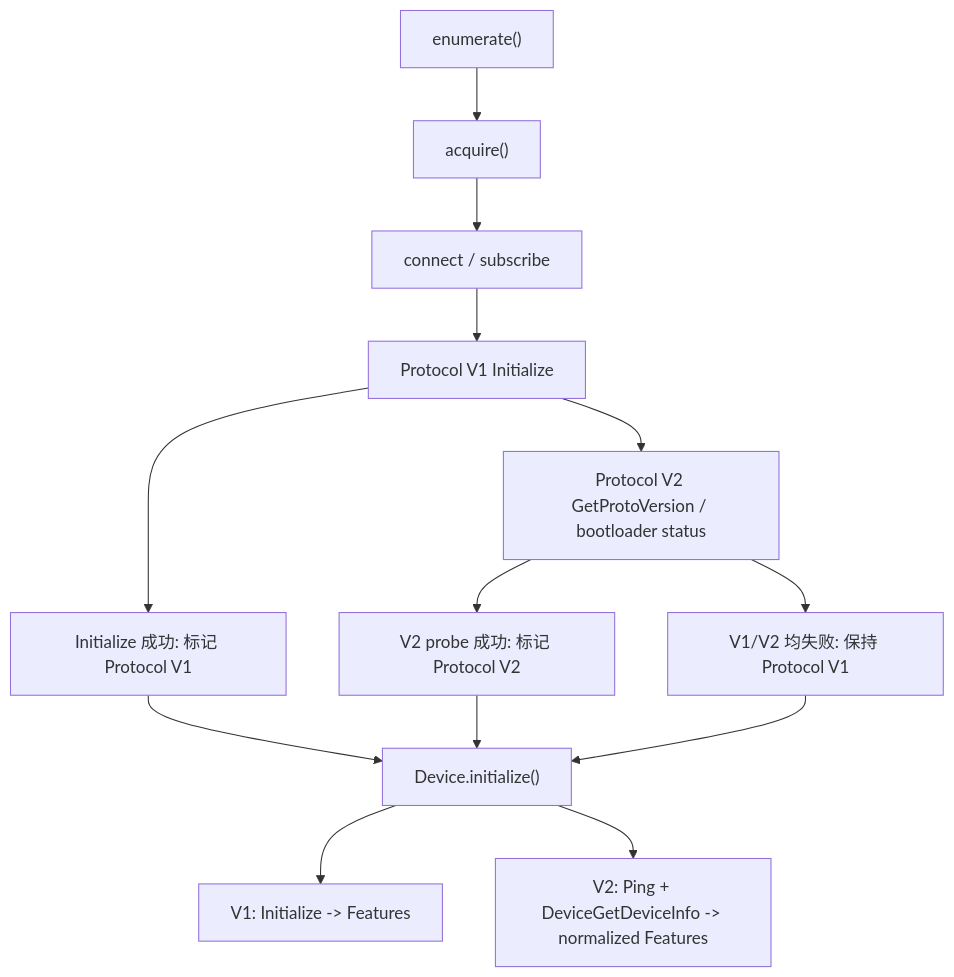
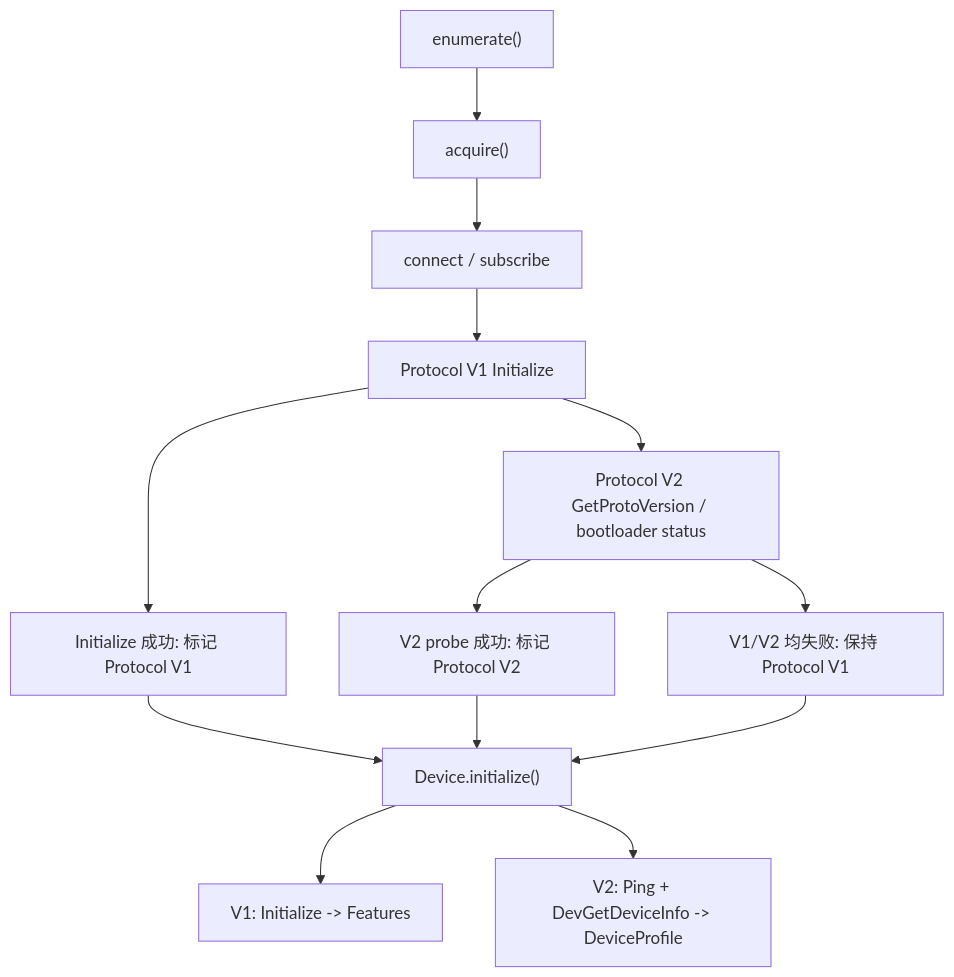
The second of 3 diagrams in docs/architecture.md (OneKeyHQ/hardware-js-sdk), drawn with Mermaid before and after one commit. The commit also changed other lines of this file and 49 other files, not shown here.

Commit message:
fix: standardize pro2 device profile api

````diff
--- a/docs/architecture.md
+++ b/docs/architecture.md
@@ -75,22 +74,22 @@
 ```mermaid
 flowchart TD
   Enumerate["enumerate()"]
   Acquire["acquire()"]
   Connect["connect / subscribe"]
   ProbeV1["Protocol V1 Initialize"]
   V1["Initialize 成功: 标记 Protocol V1"]
   ProbeV2["Protocol V2 GetProtoVersion / bootloader status"]
   V2["V2 probe 成功: 标记 Protocol V2"]
   FallbackV1["V1/V2 均失败: 保持 Protocol V1"]
   Init["Device.initialize()"]
   InitV1["V1: Initialize -> Features"]
-  InitV2["V2: Ping + DeviceGetDeviceInfo -> normalized Features"]
+  InitV2["V2: Ping + DevGetDeviceInfo -> DeviceProfile"]
 
   Enumerate --> Acquire --> Connect --> ProbeV1
   ProbeV1 --> V1 --> Init
   ProbeV1 --> ProbeV2
   ProbeV2 --> V2 --> Init
   ProbeV2 --> FallbackV1 --> Init
   Init --> InitV1
   Init --> InitV2
 ```
````
